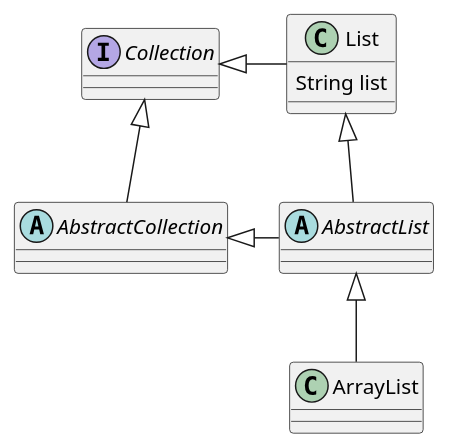
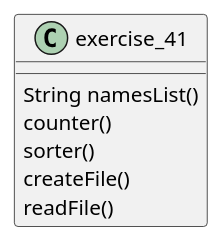
The diagram in src/main/java/ex41/ex41.puml (Stevenortiz97/ortiz-cop3330-assignment3), drawn with PlantUML before and after one commit. The commit also changed 7 other files, not shown here.

```diff
--- a/src/main/java/ex41/ex41.puml
+++ b/src/main/java/ex41/ex41.puml
@@ -1,23 +1,16 @@
 @startuml
 
-abstract class AbstractList
-abstract AbstractCollection
-interface List
-interface Collection
-
-List <|-- AbstractList
-Collection <|-- AbstractCollection
-
-Collection <|- List
-AbstractCollection <|- AbstractList
-AbstractList <|-- ArrayList
-
-class List {
-
-String list
+class exercise_41
 
 
+class exercise_41 {
+
+String namesList()
+counter()
+sorter()
+createFile()
+readFile()
 
 }
 
 @enduml
```
